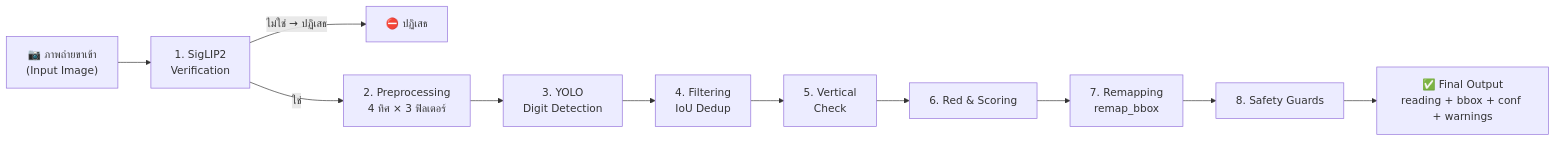
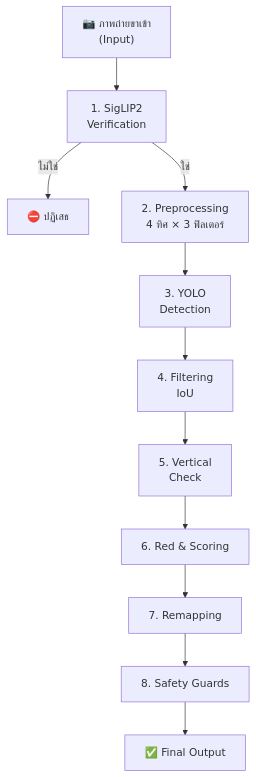
The first of 4 diagrams in TUTORIAL.md (jirathxz/meter-reader), drawn with Mermaid before and after one commit. The commit also changed 1 other file, not shown here.

Commit message:
docs: make Pipeline diagram 4:3 for Word A4
- Change mermaid from LR 16:9 to TD compact 4:3 (%% 4:3 for A4) with short labels, fits A4 portrait width
- Keep fallback text, 42 headings, formal Thai, placeholders

````diff
--- a/TUTORIAL.md
+++ b/TUTORIAL.md
@@ -92,14 +92,14 @@
 ```mermaid
-%% 16:9 layout — horizontal flow for widescreen
-flowchart LR
-    A["📷 ภาพถ่ายขาเข้า<br/>(Input Image)"] --> B["1. SigLIP2<br/>Verification"]
-    B -->|"ไม่ใช่ → ปฏิเสธ"| B1["⛔ ปฏิเสธ"]
+%% 4:3 for A4 — 3 rows, compact for Word
+flowchart TD
+    A["📷 ภาพถ่ายขาเข้า<br/>(Input)"] --> B["1. SigLIP2<br/>Verification"]
+    B -->|"ไม่ใช่"| B1["⛔ ปฏิเสธ"]
     B -->|"ใช่"| C["2. Preprocessing<br/>4 ทิศ × 3 ฟิลเตอร์"]
-    C --> D["3. YOLO<br/>Digit Detection"]
-    D --> E["4. Filtering<br/>IoU Dedup"]
+    C --> D["3. YOLO<br/>Detection"]
+    D --> E["4. Filtering<br/>IoU"]
     E --> F["5. Vertical<br/>Check"]
     F --> G["6. Red & Scoring"]
-    G --> H["7. Remapping<br/>remap_bbox"]
+    G --> H["7. Remapping"]
     H --> I["8. Safety Guards"]
-    I --> J["✅ Final Output<br/>reading + bbox + conf + warnings"]
+    I --> J["✅ Final Output"]
 ```
````
